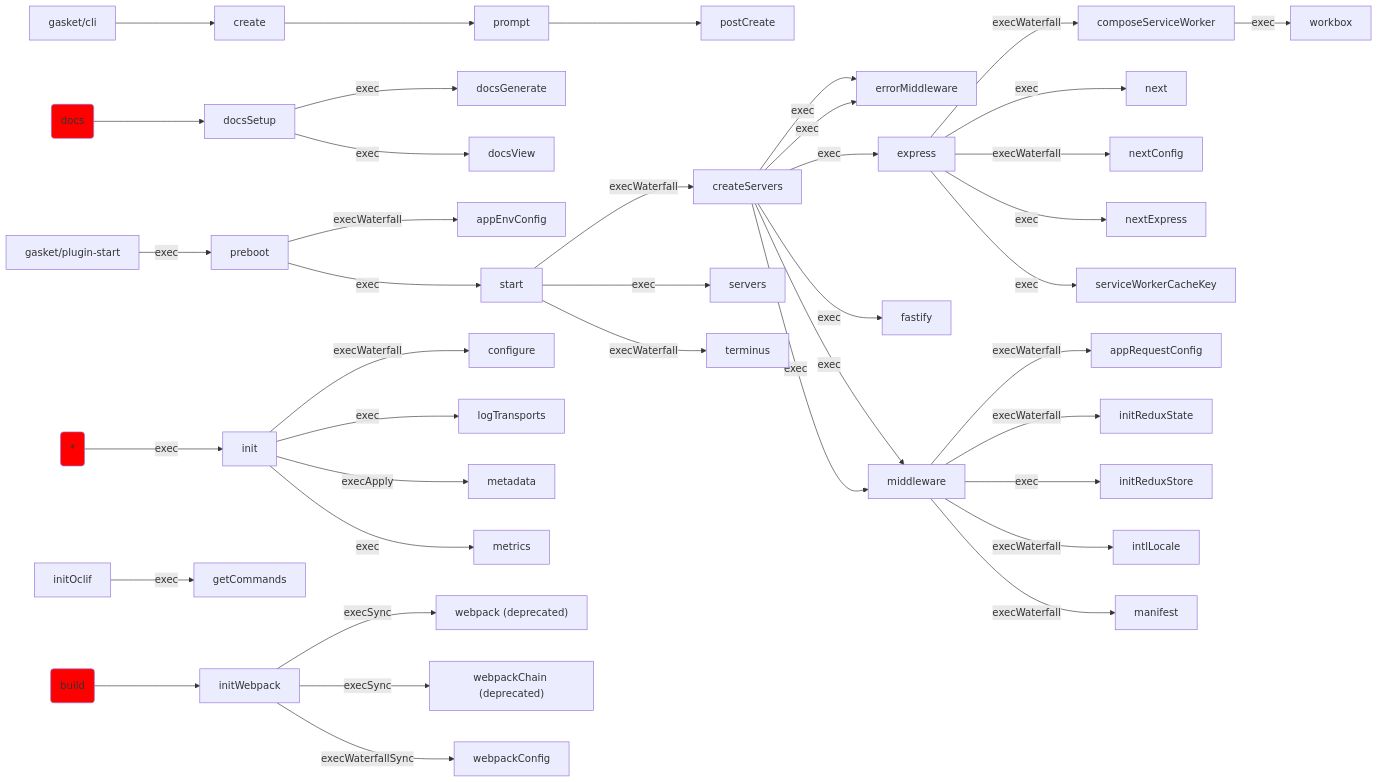
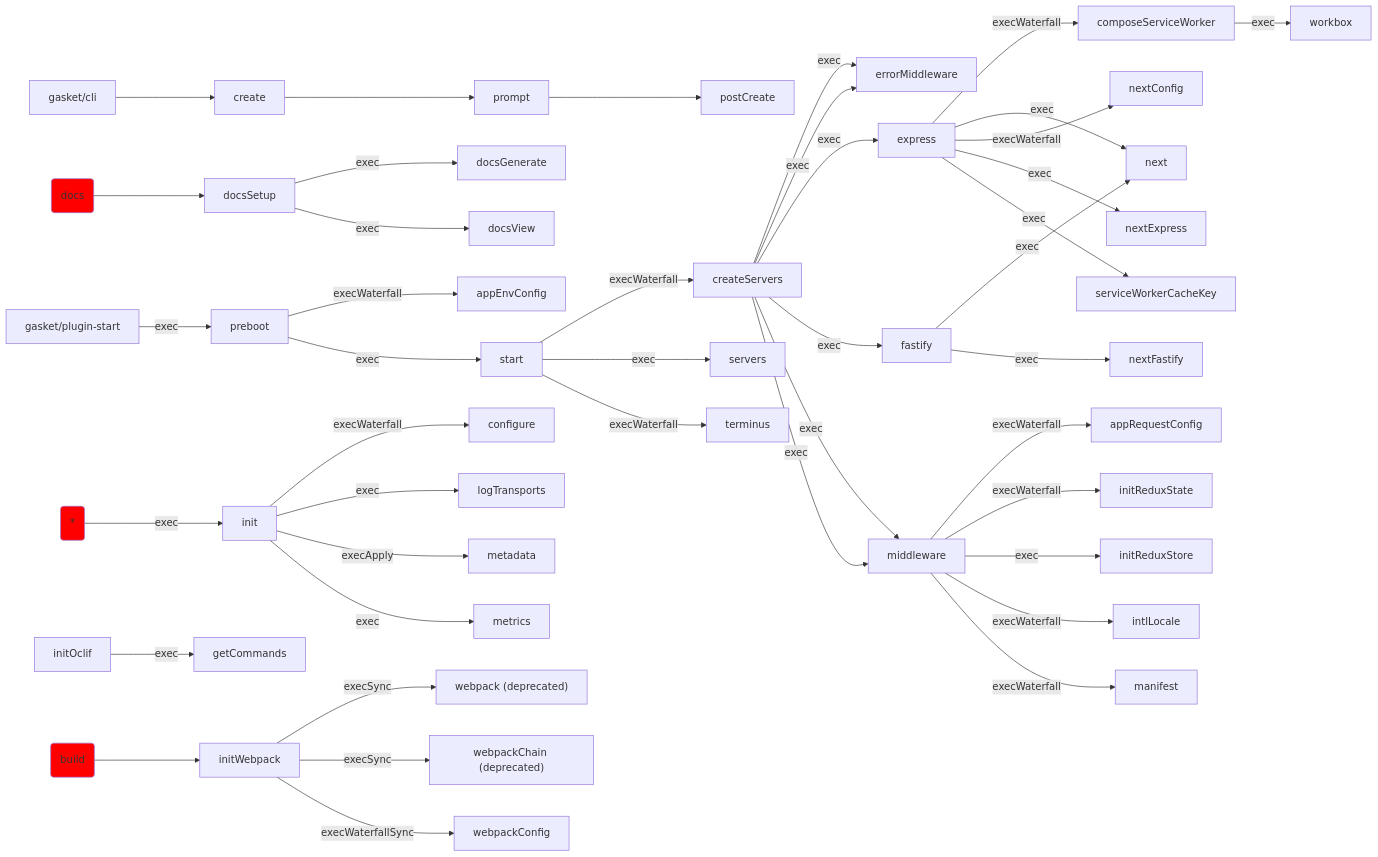
The diagram in docs/generated-docs/lifecycle-graphs.md (godaddy/gasket), drawn with Mermaid before and after one commit. The commit also changed 2 other files, not shown here.

````diff
--- a/docs/generated-docs/lifecycle-graphs.md
+++ b/docs/generated-docs/lifecycle-graphs.md
@@ -1,45 +1,47 @@
 ```mermaid
 graph LR;
 preboot -- execWaterfall --> appEnvConfig;
 middleware -- execWaterfall --> appRequestConfig;
 express -- execWaterfall --> composeServiceWorker;
 init -- execWaterfall --> configure;
 gasket/cli --> create;
 start -- execWaterfall --> createServers;
 docsSetup -- exec --> docsGenerate;
 docs-cmd(docs) --> docsSetup;
 docsSetup -- exec --> docsView;
 createServers -- exec --> errorMiddleware;
 createServers -- exec --> errorMiddleware;
 createServers -- exec --> express;
 createServers -- exec --> fastify;
 initOclif -- exec --> getCommands;
 *-cmd(*) -- exec --> init;
 middleware -- execWaterfall --> initReduxState;
 middleware -- exec --> initReduxStore;
 build-cmd(build) --> initWebpack;
 middleware -- execWaterfall --> intlLocale;
 init -- exec --> logTransports;
 middleware -- execWaterfall --> manifest;
 init -- execApply --> metadata;
 init -- exec --> metrics;
 createServers -- exec --> middleware;
 createServers -- exec --> middleware;
 express -- exec --> next;
+fastify -- exec --> next;
 express -- execWaterfall --> nextConfig;
 express -- exec --> nextExpress;
+fastify -- exec --> nextFastify;
 prompt --> postCreate;
 gasket/plugin-start -- exec --> preboot;
 create --> prompt;
 start -- exec --> servers;
 express -- exec --> serviceWorkerCacheKey;
 preboot -- exec --> start;
 start -- execWaterfall --> terminus;
 initWebpack -- execSync --> webpack["webpack (deprecated)"];
 initWebpack -- execSync --> webpackChain["webpackChain (deprecated)"];
 initWebpack -- execWaterfallSync --> webpackConfig;
 composeServiceWorker -- exec --> workbox;
 style docs-cmd fill: red;
 style *-cmd fill: red;
 style build-cmd fill: red;
 ```
````
